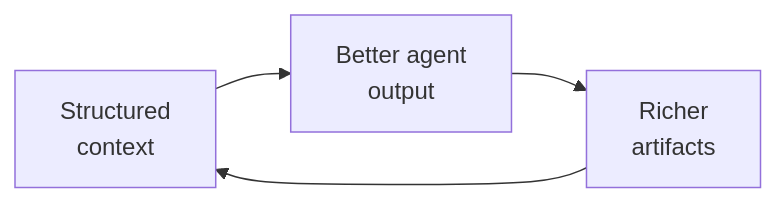
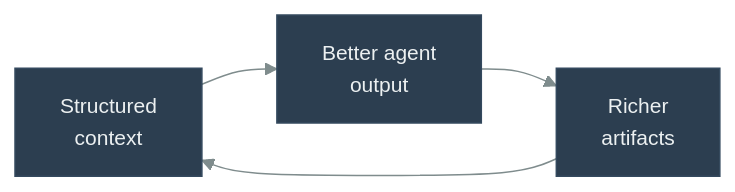
Before and after one commit to danielmeppiel/agentic-sdlc-handbook: the second of 2 diagrams in handbook/ch04-the-reference-architecture.qmd, drawn with Mermaid. The commit also changed other lines of this file and 20 other files, not shown here.

First line of the commit message:
feat: add accessibility metadata and consistent theme to all 35 diagrams

````diff
--- a/handbook/ch04-the-reference-architecture.qmd
+++ b/handbook/ch04-the-reference-architecture.qmd
@@ -171,9 +175,11 @@
 ```{mermaid}
 %%| fig-width: 4.5
 %%| label: fig-context-flywheel
 %%| fig-cap: "The context compounding flywheel"
+%%| fig-alt: "A circular flywheel showing three stages: structured context leads to better agent output, which produces richer artifacts, which feed back into structured context"
+%%{init: {'theme': 'base', 'themeVariables': {'primaryColor': '#2c3e50', 'primaryTextColor': '#ecf0f1', 'primaryBorderColor': '#34495e', 'lineColor': '#7f8c8d', 'secondaryColor': '#3498db', 'tertiaryColor': '#ecf0f1', 'fontSize': '14px'}}}%%
 graph LR
     A["Structured<br/>context"] --> B["Better agent<br/>output"]
     B --> C["Richer<br/>artifacts"]
     C --> A
 ```
````
